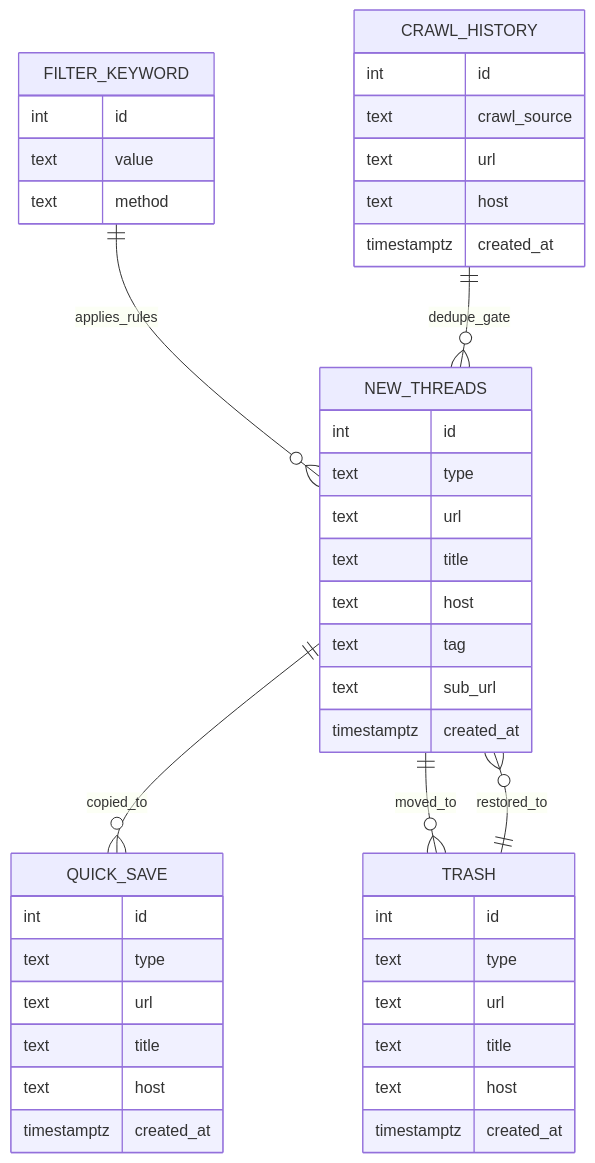
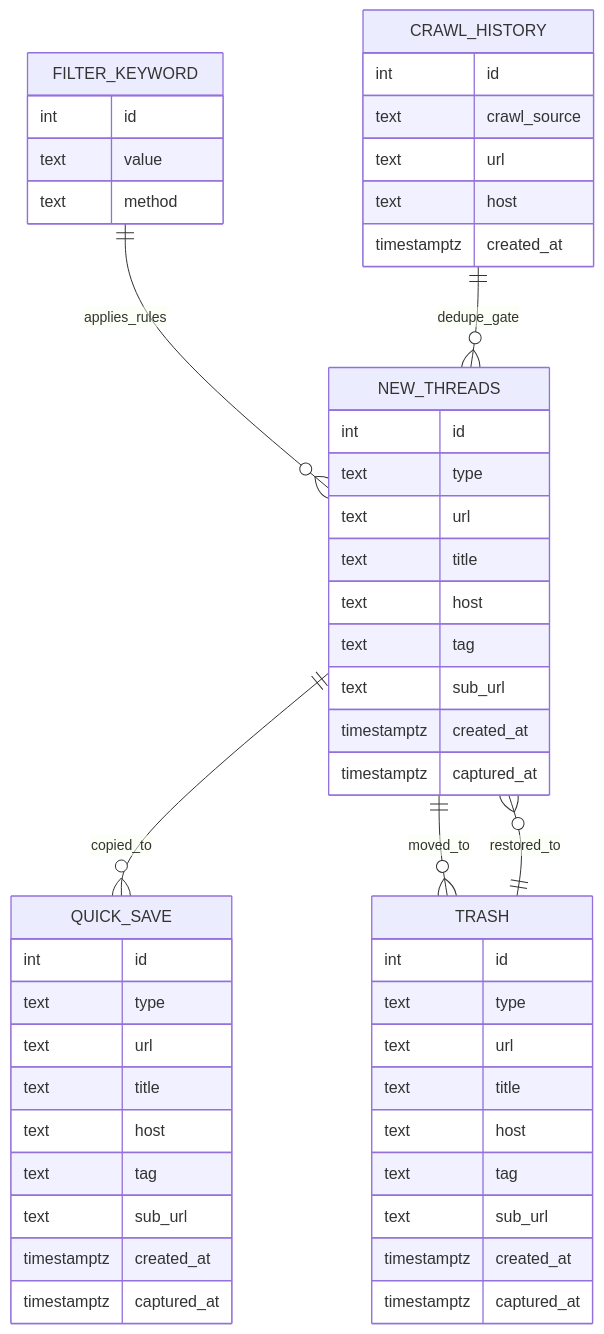
The diagram in README.md (rlatmfrl24/applemint-v3), drawn with Mermaid before and after one commit. The commit also changed other lines of this file and 40 other files, not shown here.

````diff
--- a/README.md
+++ b/README.md
@@ -80,51 +80,58 @@
 ```mermaid
 erDiagram
     FILTER_KEYWORD {
       int id
       text value
       text method
     }
 
     CRAWL_HISTORY {
       int id
       text crawl_source
       text url
       text host
       timestamptz created_at
     }
 
     NEW_THREADS {
       int id
       text type
       text url
       text title
       text host
       text tag
       text sub_url
       timestamptz created_at
+      timestamptz captured_at
     }
 
     QUICK_SAVE {
       int id
       text type
       text url
       text title
       text host
+      text tag
+      text sub_url
       timestamptz created_at
+      timestamptz captured_at
     }
 
     TRASH {
       int id
       text type
       text url
       text title
       text host
+      text tag
+      text sub_url
       timestamptz created_at
+      timestamptz captured_at
     }
 
     FILTER_KEYWORD ||--o{ NEW_THREADS : applies_rules
     CRAWL_HISTORY ||--o{ NEW_THREADS : dedupe_gate
     NEW_THREADS ||--o{ QUICK_SAVE : copied_to
     NEW_THREADS ||--o{ TRASH : moved_to
     TRASH ||--o{ NEW_THREADS : restored_to
 ```
````
